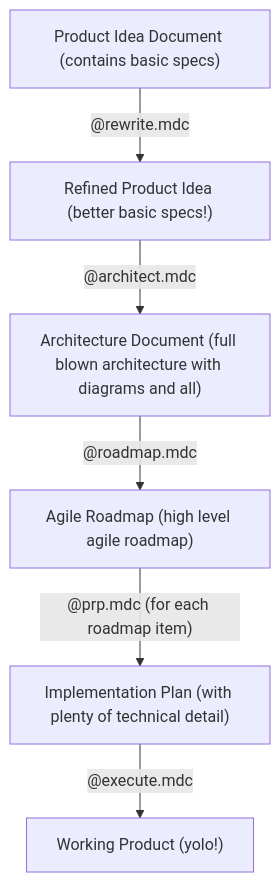
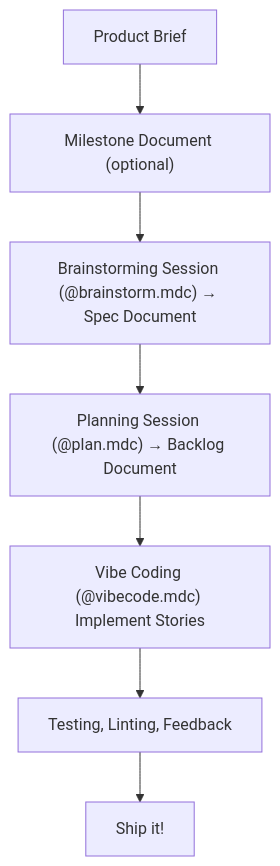
One commit to gertalot/cursor-rules changed the diagram in README.md. Above: the diagram before and after it, drawn with Mermaid. The commit also changed other lines of this file and 14 other files, not shown here.

````diff
--- a/README.md
+++ b/README.md
@@ -91,8 +88,9 @@
 ```mermaid
 flowchart TD
-    A["Product Idea Document (contains basic specs)"] -->|"@rewrite.mdc"| B["Refined Product Idea (better basic specs!)"]
-    B -->|"@architect.mdc"| C["Architecture Document (full blown architecture with diagrams and all)"]
-    C -->|"@roadmap.mdc"| D["Agile Roadmap (high level agile roadmap)"]
-    D -->|"@prp.mdc (for each roadmap item)"| E["Implementation Plan (with plenty of technical detail)"]
-    E -->|"@execute.mdc"| F["Working Product (yolo!)"]
+    A["Product Brief"] --> B["Milestone Document (optional)"]
+    B --> C["Brainstorming Session (@brainstorm.mdc) → Spec Document"]
+    C --> D["Planning Session (@plan.mdc) → Backlog Document"]
+    D --> E["Vibe Coding (@vibecode.mdc) Implement Stories"]
+    E --> F["Testing, Linting, Feedback"]
+    F --> G["Ship it!"]
 ```
````
